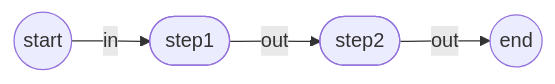
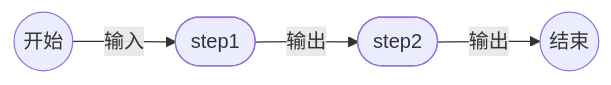
One commit to youngjunning/mastra.youngjunning.com changed the first of 7 diagrams in i18n/zh-CN/docusaurus-plugin-content-docs/current/workflows/control-flow.mdx. Above: the diagram before and after it, drawn with Mermaid. The commit also changed other lines of this file and 3073 other files, not shown here.

````diff
--- a/i18n/zh-CN/docusaurus-plugin-content-docs/current/workflows/control-flow.mdx
+++ b/i18n/zh-CN/docusaurus-plugin-content-docs/current/workflows/control-flow.mdx
@@ -25,10 +25,10 @@
 ```mermaid
 flowchart LR
-  accTitle: Running workflow steps in sequence
-  accDescr: The workflow passes its input to step1, then passes step1's output to step2 before completing.
-  start(( start )) -- in --> step1([step1])
-  step1 -- out --> step2([step2])
-  step2 -- out --> stop(( end ))
+  accTitle: 按顺序执行 Workflow 步骤
+  accDescr: Workflow 将输入传给 step1，再将 step1 的输出传给 step2，最后完成执行。
+  start(( 开始 )) -- 输入 --> step1([step1])
+  step1 -- 输出 --> step2([step2])
+  step2 -- 输出 --> stop(( 结束 ))
 
   class stop accent
 ```
````
